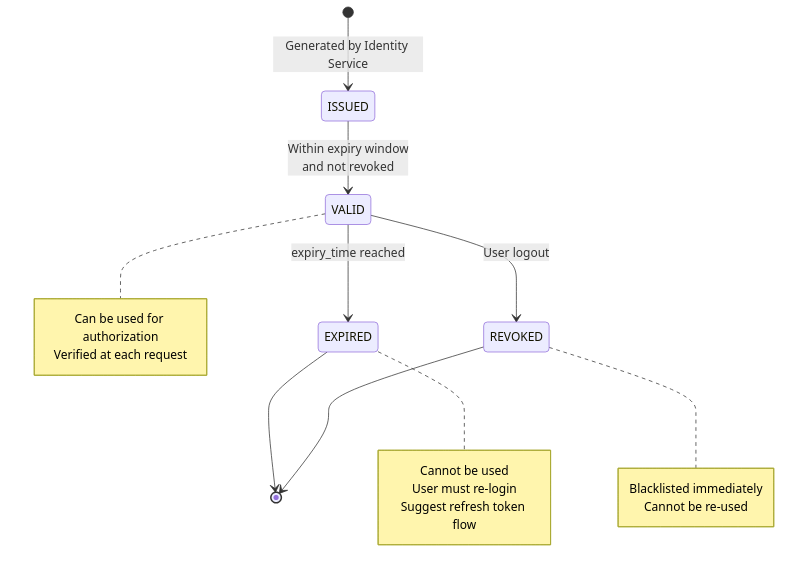
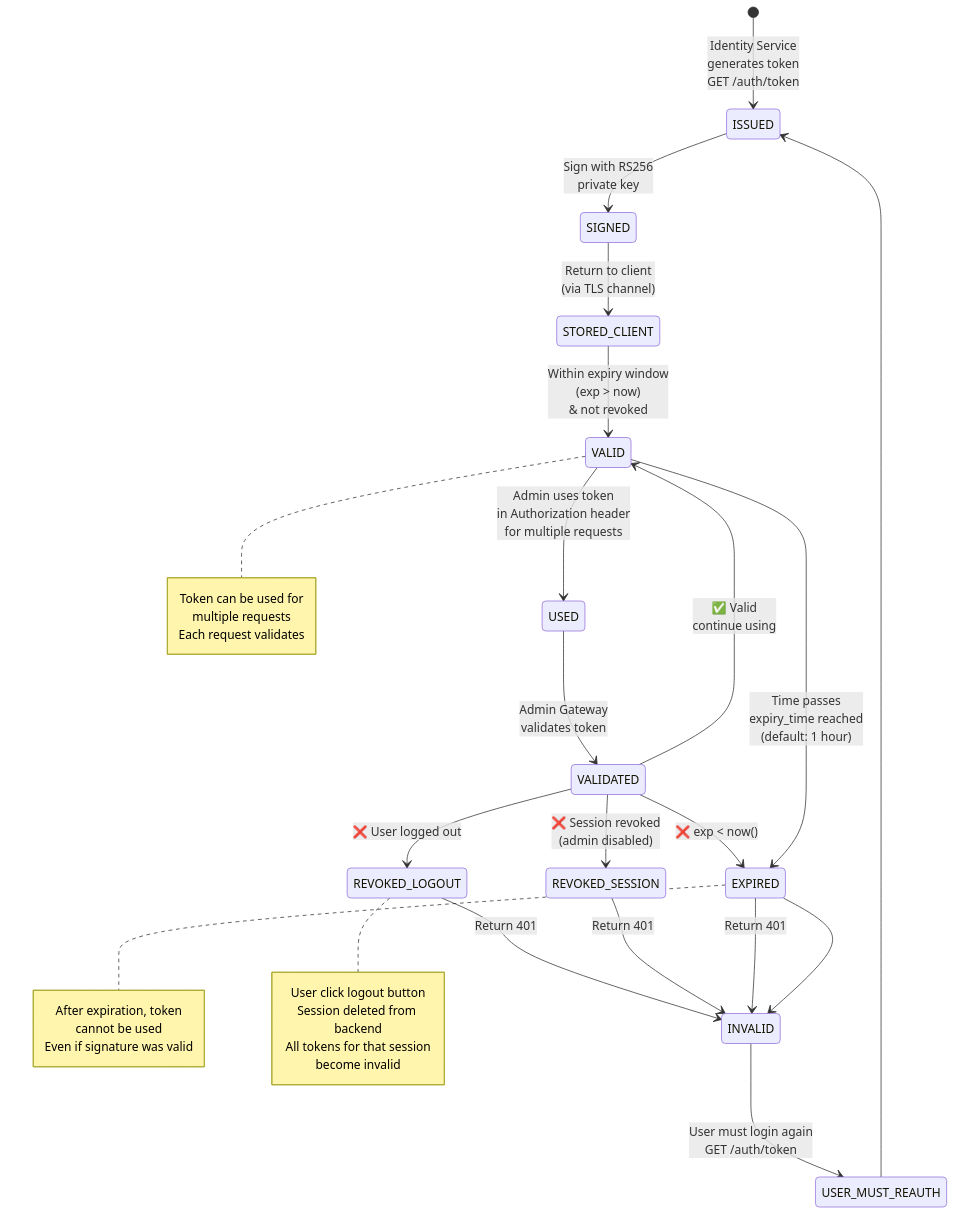
Before and after one commit to sunitakeazycommerz-a11y/InstaCommerce: the second of 6 diagrams in docs/services/admin-gateway-service/diagrams-v2/05-state-machine.md, drawn with Mermaid. The commit also changed other lines of this file and 12 other files, not shown here.

````diff
--- a/docs/services/admin-gateway-service/diagrams-v2/05-state-machine.md
+++ b/docs/services/admin-gateway-service/diagrams-v2/05-state-machine.md
@@ -56,25 +116,51 @@
 ```mermaid
 stateDiagram-v2
-    [*] --> ISSUED: Generated by Identity Service
-    ISSUED --> VALID: Within expiry window<br/>and not revoked
-    VALID --> EXPIRED: expiry_time reached
-    VALID --> REVOKED: User logout
-    EXPIRED --> [*]
-    REVOKED --> [*]
+    [*] --> ISSUED: Identity Service<br/>generates token<br/>GET /auth/token
+
+    ISSUED --> SIGNED: Sign with RS256<br/>private key
+
+    SIGNED --> STORED_CLIENT: Return to client<br/>(via TLS channel)
+
+    STORED_CLIENT --> VALID: Within expiry window<br/>(exp > now)<br/>& not revoked
+
+    VALID --> USED: Admin uses token<br/>in Authorization header<br/>for multiple requests
+
+    USED --> VALIDATED: Admin Gateway<br/>validates token
+
+    VALIDATED --> VALID: ✅ Valid<br/>continue using
+
+    VALIDATED --> REVOKED_LOGOUT: ❌ User logged out
+    VALIDATED --> REVOKED_SESSION: ❌ Session revoked<br/>(admin disabled)
+    VALIDATED --> EXPIRED: ❌ exp < now()
+
+    REVOKED_LOGOUT --> INVALID: Return 401
+    REVOKED_SESSION --> INVALID: Return 401
+    EXPIRED --> INVALID: Return 401
+
+    VALID --> EXPIRED: Time passes<br/>expiry_time reached<br/>(default: 1 hour)
+
+    EXPIRED --> INVALID
+
+    INVALID --> USER_MUST_REAUTH: User must login again<br/>GET /auth/token
+
+    USER_MUST_REAUTH --> ISSUED
 
     note right of VALID
-        Can be used for authorization
-        Verified at each request
+        Token can be used for
+        multiple requests
+        Each request validates
     end note
 
     note right of EXPIRED
-        Cannot be used
-        User must re-login
-        Suggest refresh token flow
+        After expiration, token
+        cannot be used
+        Even if signature was valid
     end note
 
-    note right of REVOKED
-        Blacklisted immediately
-        Cannot be re-used
+    note right of REVOKED_LOGOUT
+        User click logout button
+        Session deleted from backend
+        All tokens for that session
+        become invalid
     end note
 ```
````
